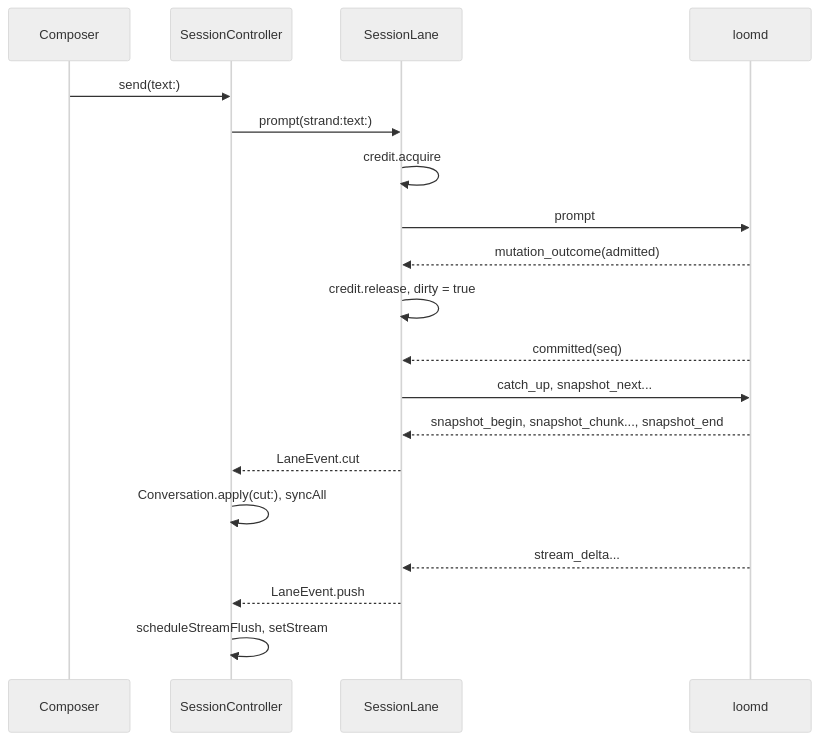
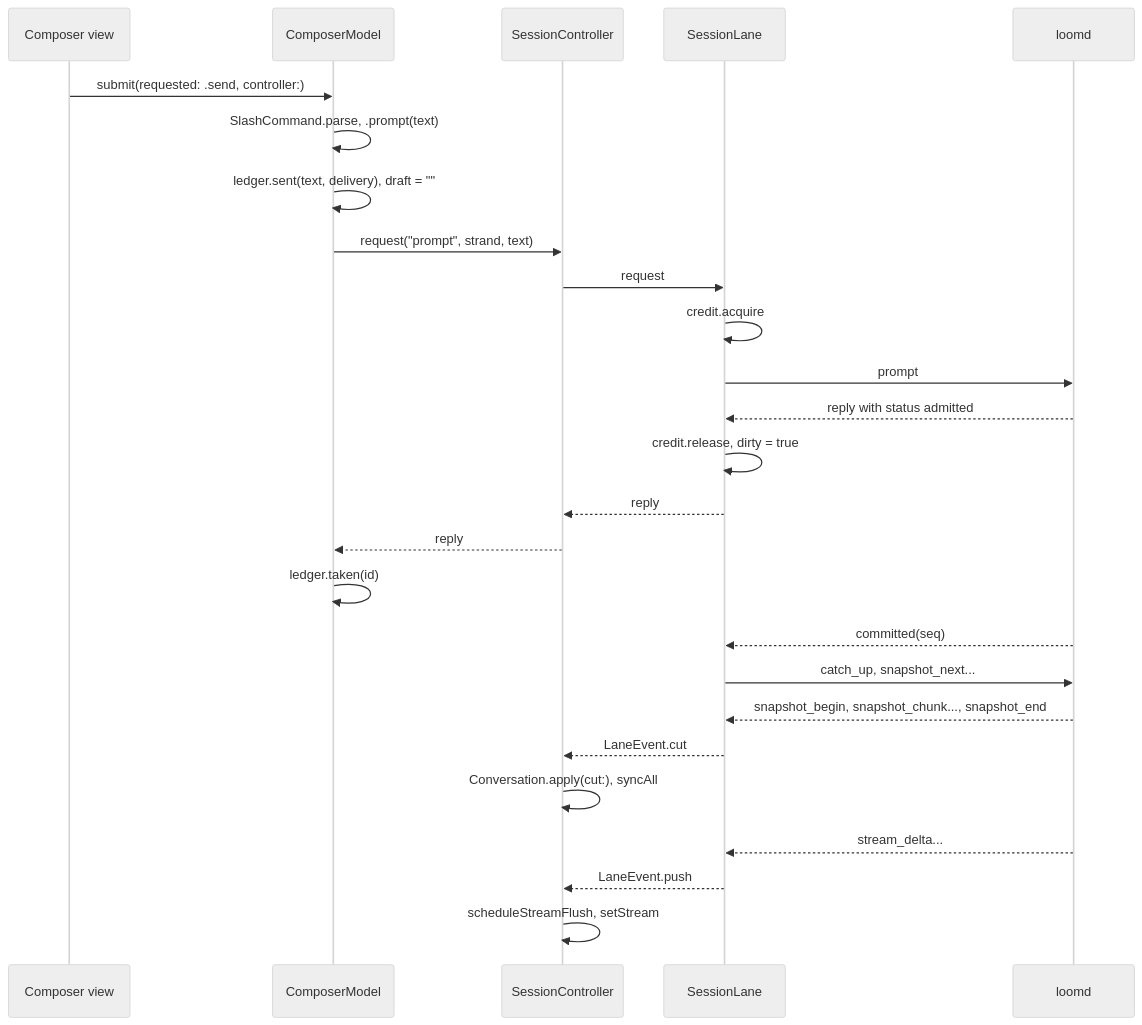
One commit to Roasbeef/loom-desktop changed the sixth of 12 diagrams in docs/architecture.md. Above: the diagram before and after it, drawn with Mermaid (neutral theme). The commit also changed other lines of this file and 2 other files, not shown here.

````diff
--- a/docs/architecture.md
+++ b/docs/architecture.md
@@ -166,22 +217,29 @@
 ```mermaid
 sequenceDiagram
-    participant V as Composer
+    participant V as Composer view
+    participant P as ComposerModel
     participant S as SessionController
     participant A as SessionLane
     participant L as loomd
 
-    V->>S: send(text:)
-    S->>A: prompt(strand:text:)
+    V->>P: submit(requested: .send, controller:)
+    P->>P: SlashCommand.parse, .prompt(text)
+    P->>P: ledger.sent(text, delivery), draft = ""
+    P->>S: request("prompt", strand, text)
+    S->>A: request
     A->>A: credit.acquire
     A->>L: prompt
-    L-->>A: mutation_outcome(admitted)
+    L-->>A: reply with status admitted
     A->>A: credit.release, dirty = true
+    A-->>S: reply
+    S-->>P: reply
+    P->>P: ledger.taken(id)
     L-->>A: committed(seq)
     A->>L: catch_up, snapshot_next...
     L-->>A: snapshot_begin, snapshot_chunk..., snapshot_end
     A-->>S: LaneEvent.cut
     S->>S: Conversation.apply(cut:), syncAll
     L-->>A: stream_delta...
     A-->>S: LaneEvent.push
     S->>S: scheduleStreamFlush, setStream
 ```
````
